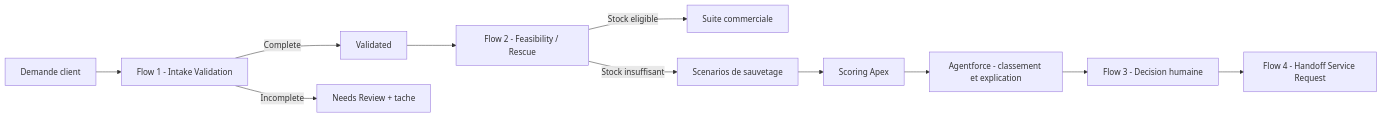
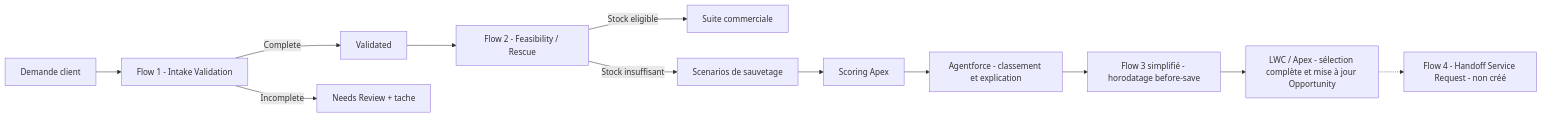
The first of 3 diagrams in README.md (zineb-elgaout/Salesforce_project_SmartDeal), drawn with Mermaid before and after one commit. The commit also changed other lines of this file, not shown here.

Commit message:
feat: Update README with enhancements on SmartDeal Order Rescue implementation and LWC components

````diff
--- a/README.md
+++ b/README.md
@@ -110,13 +112,14 @@
 ```mermaid
 flowchart LR
     A[Demande client] --> B[Flow 1 - Intake Validation]
     B -->|Complete| C[Validated]
     B -->|Incomplete| D[Needs Review + tache]
     C --> E[Flow 2 - Feasibility / Rescue]
     E -->|Stock eligible| F[Suite commerciale]
     E -->|Stock insuffisant| G[Scenarios de sauvetage]
     G --> H[Scoring Apex]
     H --> I[Agentforce - classement et explication]
-    I --> J[Flow 3 - Decision humaine]
-    J --> K[Flow 4 - Handoff Service Request]
+    I --> J[Flow 3 simplifié - horodatage before-save]
+    J --> K[LWC / Apex - sélection complète et mise à jour Opportunity]
+    K -.-> L[Flow 4 - Handoff Service Request - non créé]
 ```
````
